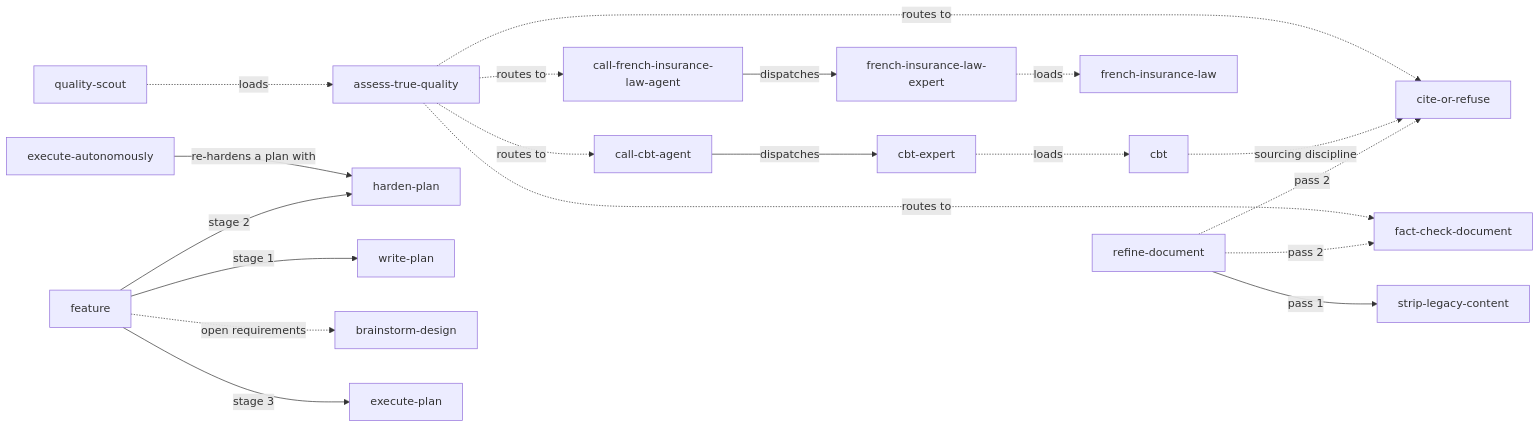
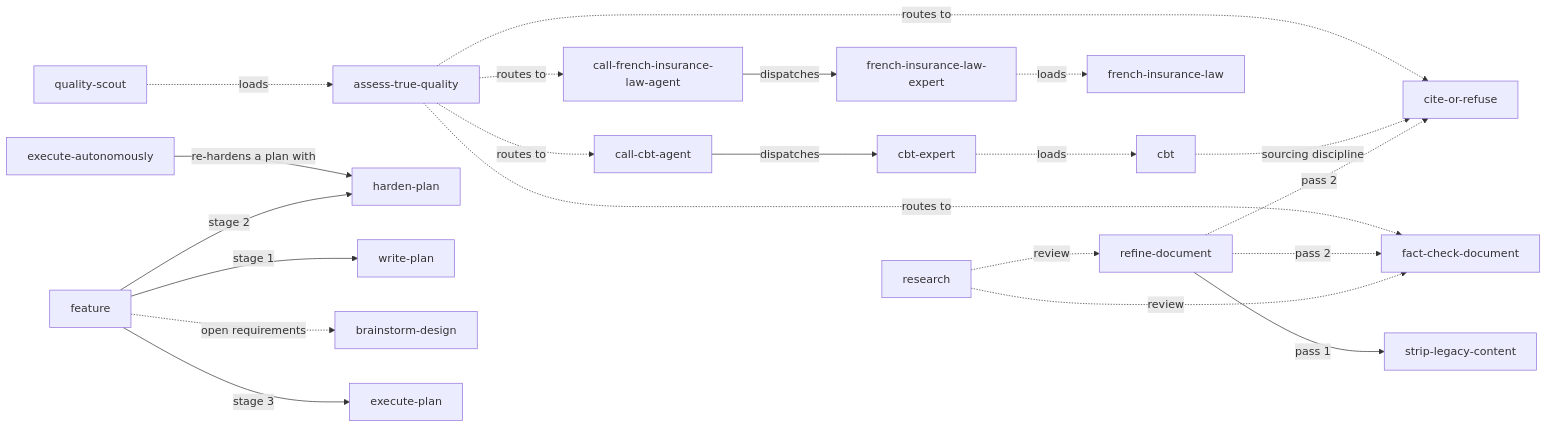
The diagram in dependencies.md (Ephasme/agent-skills), drawn with Mermaid before and after one commit. The commit also changed 1 other file, not shown here.

Commit message:
feat(research): add /research cite-or-refuse report pipeline skill
- Seven-step pipeline from overlord's Researcher role: clarify, research, draft, review, verify, fix, publish.
- Record research -> refine-document / fact-check-document in dependencies.md.

````diff
--- a/dependencies.md
+++ b/dependencies.md
@@ -6,23 +6,25 @@
 ```mermaid
 flowchart LR
   cbt-expert -.->|loads| cbt
   french-insurance-law-expert -.->|loads| french-insurance-law
   quality-scout -.->|loads| assess-true-quality
   call-cbt-agent -->|dispatches| cbt-expert
   call-french-insurance-law-agent -->|dispatches| french-insurance-law-expert
 
   assess-true-quality -.->|routes to| call-cbt-agent
   assess-true-quality -.->|routes to| cite-or-refuse
   assess-true-quality -.->|routes to| fact-check-document
   assess-true-quality -.->|routes to| call-french-insurance-law-agent
   cbt -.->|sourcing discipline| cite-or-refuse
 
   refine-document -->|pass 1| strip-legacy-content
   refine-document -.->|pass 2| cite-or-refuse
   refine-document -.->|pass 2| fact-check-document
+  research -.->|review| refine-document
+  research -.->|review| fact-check-document
   execute-autonomously -->|re-hardens a plan with| harden-plan
   feature -->|stage 1| write-plan
   feature -.->|open requirements| brainstorm-design
   feature -->|stage 2| harden-plan
   feature -->|stage 3| execute-plan
 ```
````
